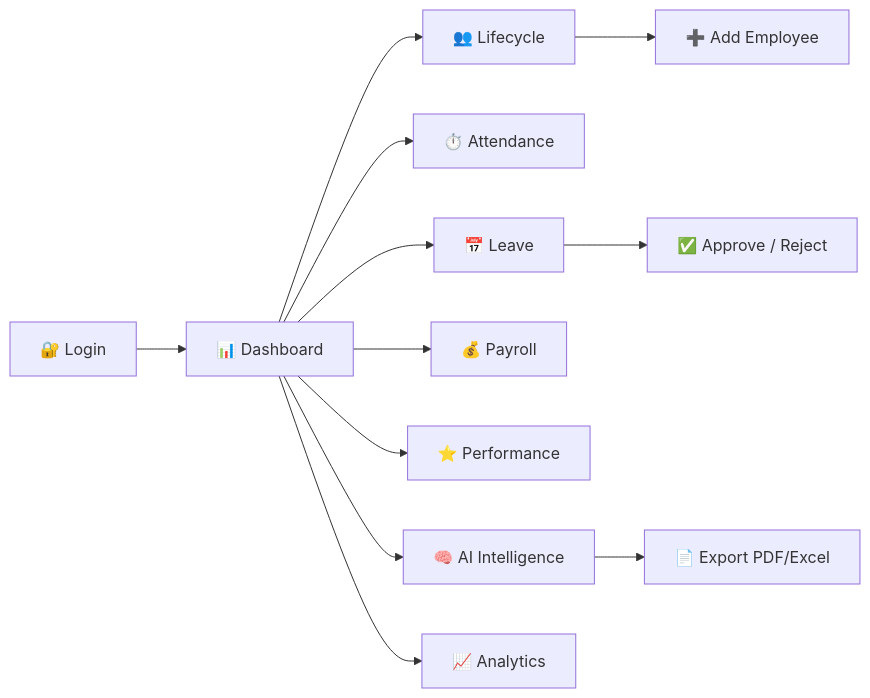
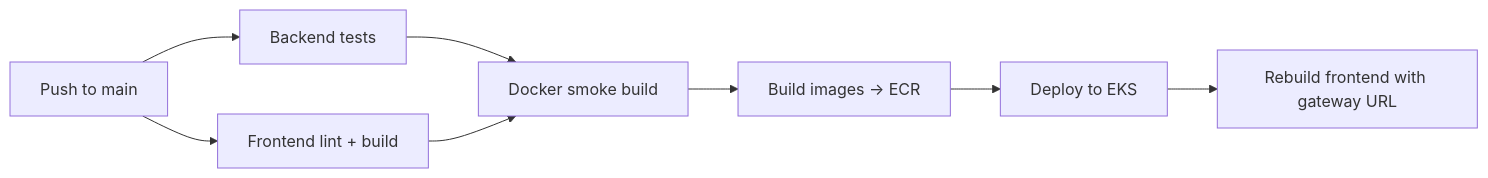
Before and after one commit to Rashmi-Kumari123/AI-Enabled-Enterprise-HR-Workforce-Intelligence-Platform: the third of 3 diagrams in README.md, drawn with Mermaid. The commit also changed other lines of this file, not shown here.

````diff
--- a/README.md
+++ b/README.md
@@ -233,14 +495,10 @@
 ```mermaid
-graph LR
-    A[🔐 Login] --> B[📊 Dashboard]
-    B --> C[👥 Lifecycle]
-    B --> D[⏱️ Attendance]
-    B --> E[📅 Leave]
-    B --> F[💰 Payroll]
-    B --> G[⭐ Performance]
-    B --> H[🧠 AI Intelligence]
-    B --> I[📈 Analytics]
-    C --> J[➕ Add Employee]
-    E --> K[✅ Approve / Reject]
-    H --> L[📄 Export PDF/Excel]
+flowchart LR
+    A[Push to main] --> B[Backend tests]
+    A --> C[Frontend lint + build]
+    B --> D[Docker smoke build]
+    C --> D
+    D --> E[Build images → ECR]
+    E --> F[Deploy to EKS]
+    F --> G[Rebuild frontend with gateway URL]
 ```
````
